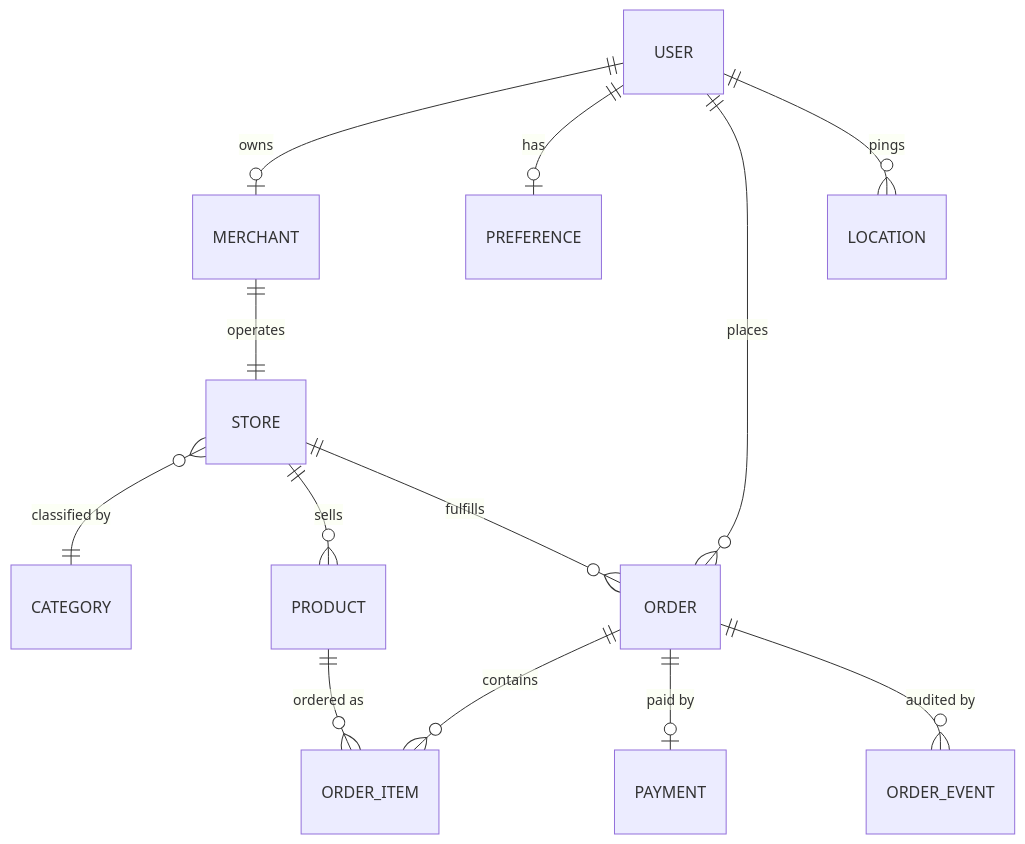
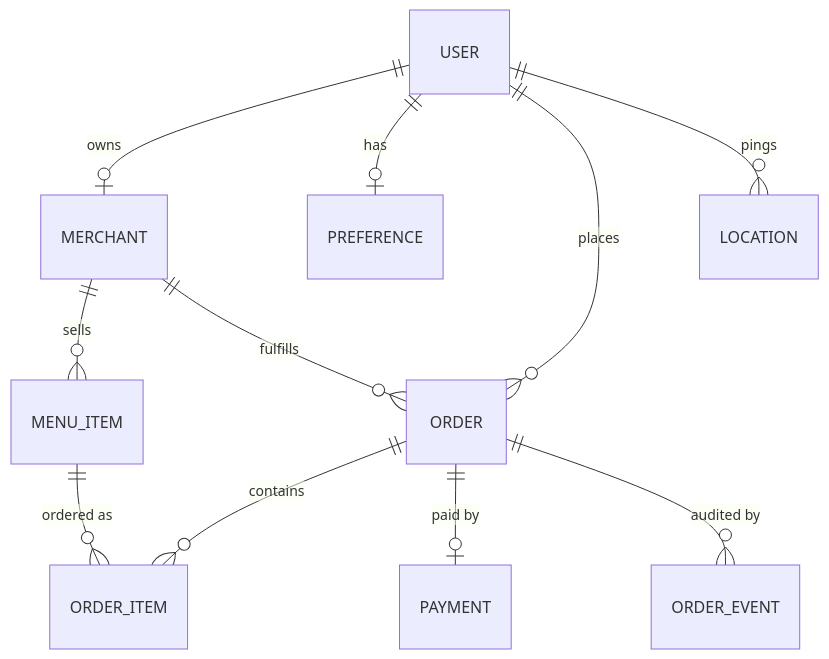
Before and after one commit to ManoharEldhandi/OnTheWay: the third of 9 diagrams in ARCHITECTURE.md, drawn with Mermaid. The commit also changed other lines of this file and 21 other files, not shown here.

````diff
--- a/ARCHITECTURE.md
+++ b/ARCHITECTURE.md
@@ -110,15 +97,13 @@
 ```mermaid
 erDiagram
     USER ||--o| MERCHANT : owns
     USER ||--o| PREFERENCE : has
     USER ||--o{ ORDER : places
     USER ||--o{ LOCATION : pings
-    MERCHANT ||--|| STORE : operates
-    STORE }o--|| CATEGORY : "classified by"
-    STORE ||--o{ PRODUCT : sells
-    STORE ||--o{ ORDER : fulfills
+    MERCHANT ||--o{ MENU_ITEM : sells
+    MERCHANT ||--o{ ORDER : fulfills
     ORDER ||--o{ ORDER_ITEM : contains
     ORDER ||--o| PAYMENT : "paid by"
-    PRODUCT ||--o{ ORDER_ITEM : "ordered as"
     ORDER ||--o{ ORDER_EVENT : "audited by"
+    MENU_ITEM ||--o{ ORDER_ITEM : "ordered as"
 ```
````
